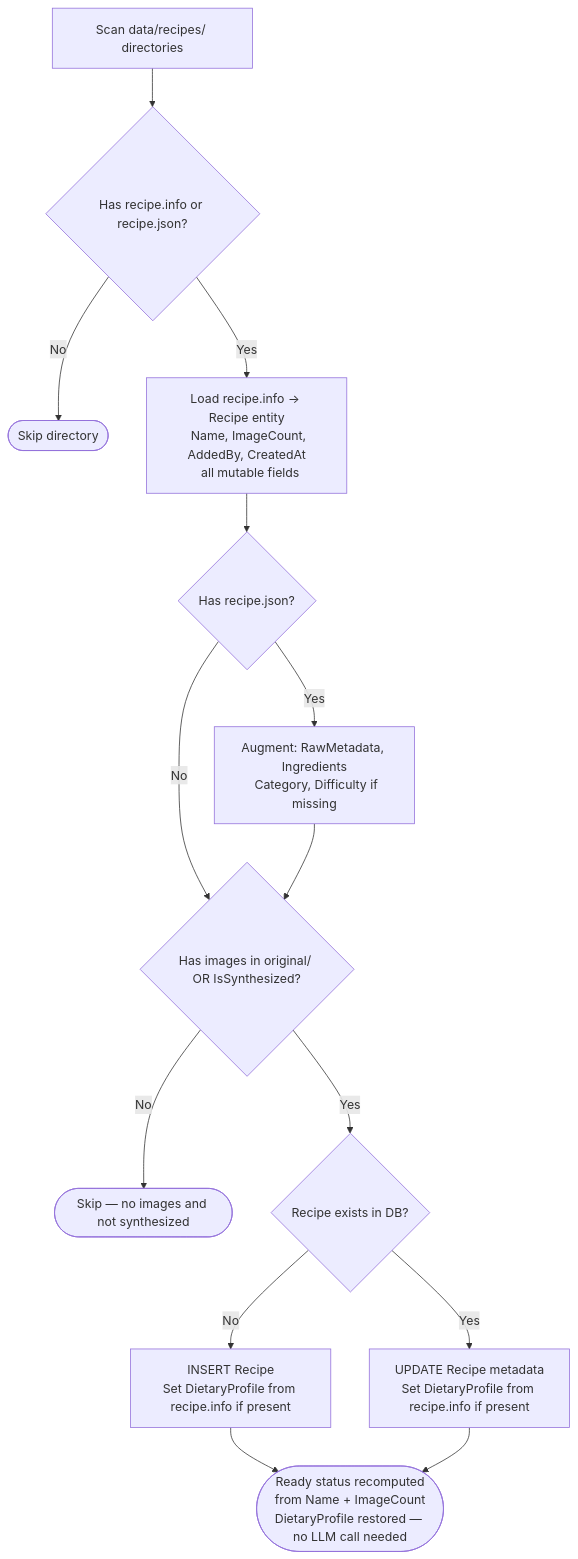
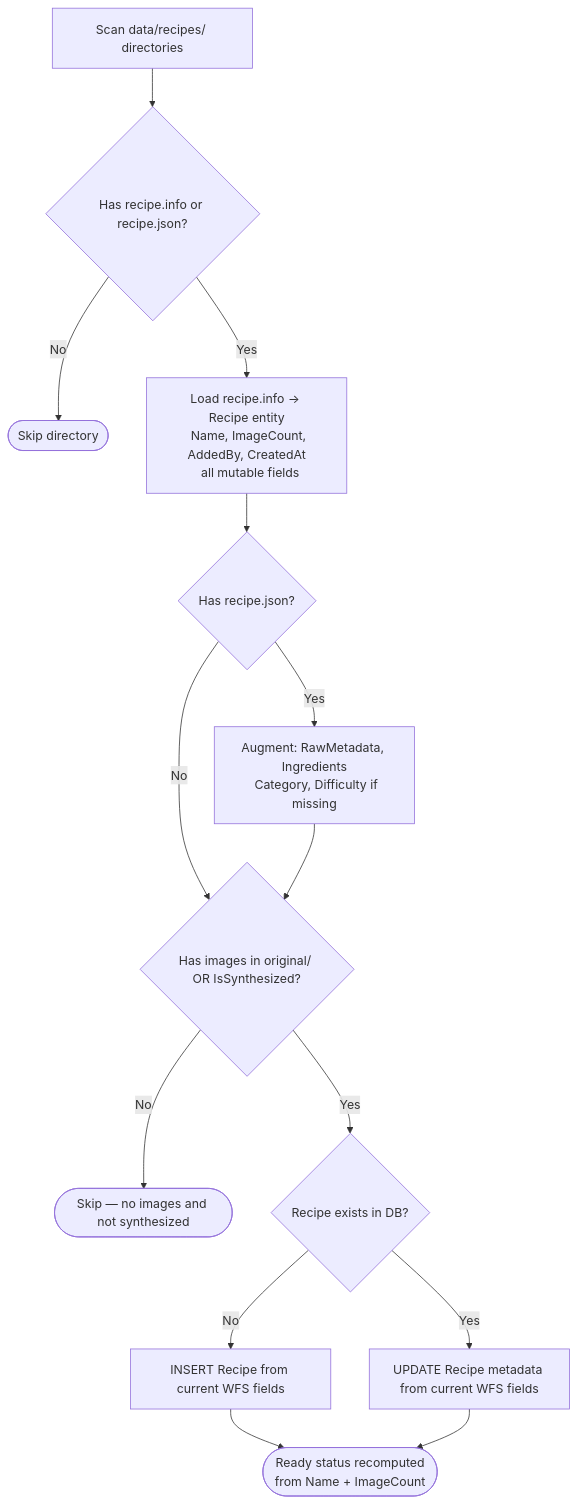
One commit to AlexandreBrisebois/whats-for-supper changed the second of 2 diagrams in docs/flows/data-flows/backup-restore-readiness.md. Above: the diagram before and after it, drawn with Mermaid. The commit also changed other lines of this file and 82 other files, not shown here.

````diff
--- a/docs/flows/data-flows/backup-restore-readiness.md
+++ b/docs/flows/data-flows/backup-restore-readiness.md
@@ -45,20 +48,20 @@
 ```mermaid
 flowchart TD
     A[Scan data/recipes/ directories] --> B{Has recipe.info or recipe.json?}
     B -->|No| Z([Skip directory])
     B -->|Yes| C[Load recipe.info → Recipe entity\n  Name, ImageCount, AddedBy, CreatedAt\n  all mutable fields]
 
     C --> D{Has recipe.json?}
     D -->|Yes| E[Augment: RawMetadata, Ingredients\n  Category, Difficulty if missing]
     D -->|No| F
 
     E --> F{Has images in original/ OR IsSynthesized?}
     F -->|No| G([Skip — no images and not synthesized])
     F -->|Yes| H{Recipe exists in DB?}
 
-    H -->|No| I[INSERT Recipe\nSet DietaryProfile from recipe.info if present]
-    H -->|Yes| J[UPDATE Recipe metadata\nSet DietaryProfile from recipe.info if present]
+    H -->|No| I[INSERT Recipe from current WFS fields]
+    H -->|Yes| J[UPDATE Recipe metadata from current WFS fields]
 
-    I --> K([Ready status recomputed\nfrom Name + ImageCount\nDietaryProfile restored — no LLM call needed])
+    I --> K([Ready status recomputed\nfrom Name + ImageCount])
     J --> K
 ```
````
